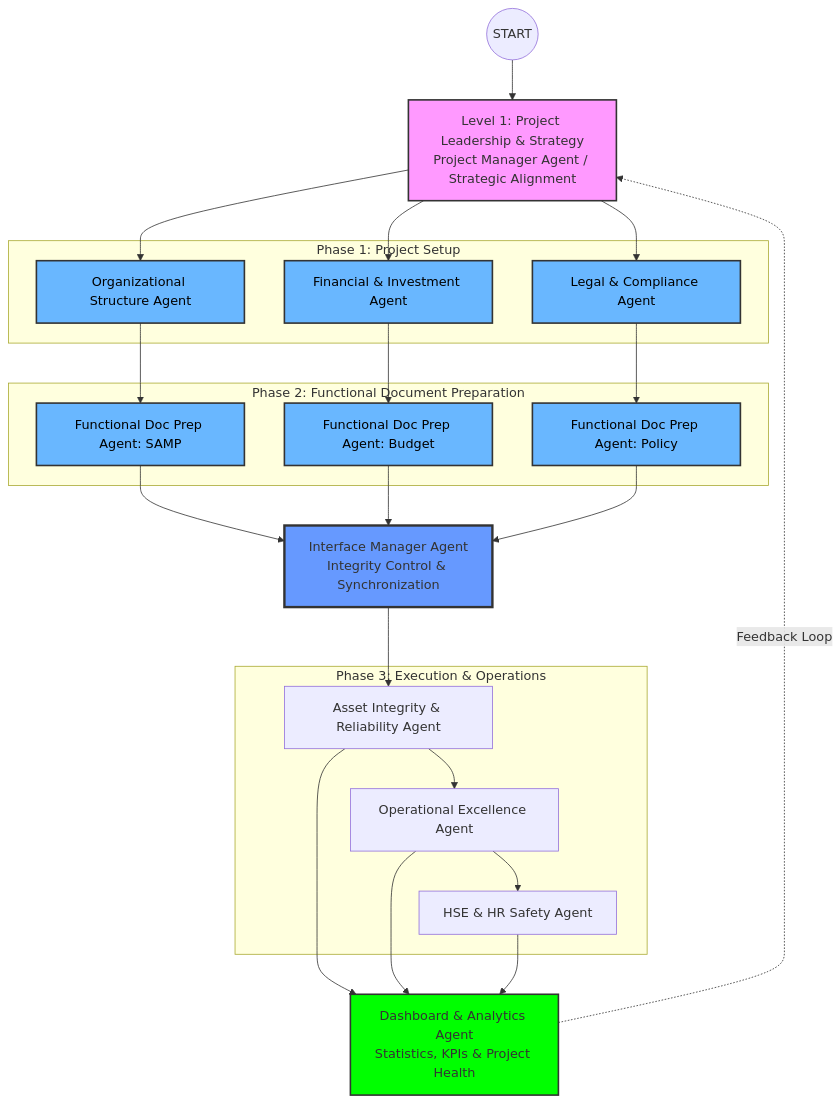
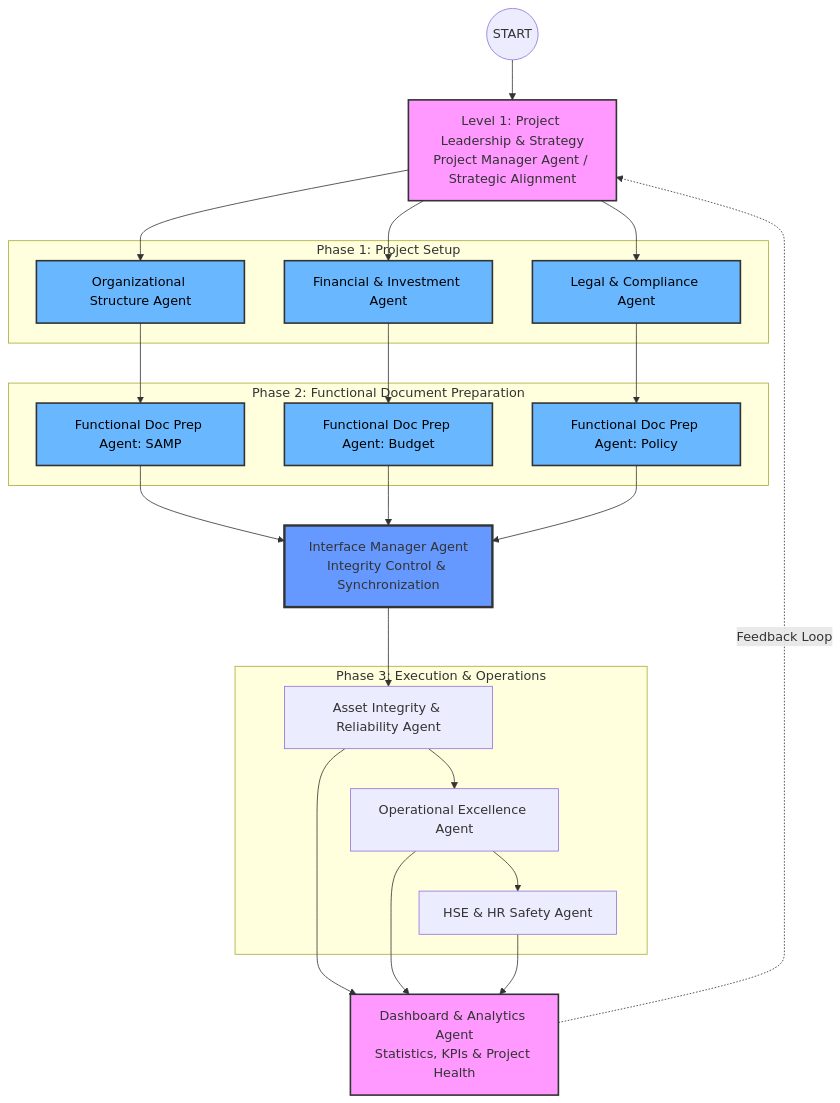
The seventh of 12 diagrams in README.md (AxiOMSphereAssistanceAIMS/AxiOMSphere), drawn with Mermaid before and after one commit.

````diff
--- a/README.md
+++ b/README.md
@@ -430,52 +430,52 @@
 ```mermaid
 graph TD
     Start((START)) --> L1["Level 1: Project Leadership & Strategy\nProject Manager Agent / Strategic Alignment"]
 
     L2_1[Organizational Structure Agent]
     L2_2[Financial & Investment Agent]
     L2_3[Legal & Compliance Agent]
     L1 --> L2_1 & L2_2 & L2_3
 
     subgraph "Phase 1: Project Setup"
         L2_1
         L2_2
         L2_3
     end
 
     L3_1[Functional Doc Prep Agent: SAMP]
     L3_2[Functional Doc Prep Agent: Budget]
     L3_3[Functional Doc Prep Agent: Policy]
     L2_1 --> L3_1
     L2_2 --> L3_2
     L2_3 --> L3_3
 
     subgraph "Phase 2: Functional Document Preparation"
         L3_1
         L3_2
         L3_3
     end
 
     L4["Interface Manager Agent\nIntegrity Control & Synchronization"]
     L3_1 & L3_2 & L3_3 --> L4
 
     L5_1[Asset Integrity & Reliability Agent]
     L5_2[Operational Excellence Agent]
     L5_3[HSE & HR Safety Agent]
     L4 --> L5_1 --> L5_2 --> L5_3
 
     subgraph "Phase 3: Execution & Operations"
         L5_1
         L5_2
         L5_3
     end
 
     L6["Dashboard & Analytics Agent\nStatistics, KPIs & Project Health"]
     L5_1 & L5_2 & L5_3 --> L6
     L6 -.->|Feedback Loop| L1
 
     classDef phase1 fill:#69b7ff,stroke:#333,stroke-width:2px,color:#000;
     class L2_1,L2_2,L2_3,L3_1,L3_2,L3_3 phase1;
     style L1 fill:#f9f,stroke:#333,stroke-width:2px
     style L4 fill:#69f,stroke:#333,stroke-width:3px
-    style L6 fill:#00ff00,stroke:#333,stroke-width:2px
+    style L6 fill:#f9f,stroke:#333,stroke-width:2px
 ```
````
